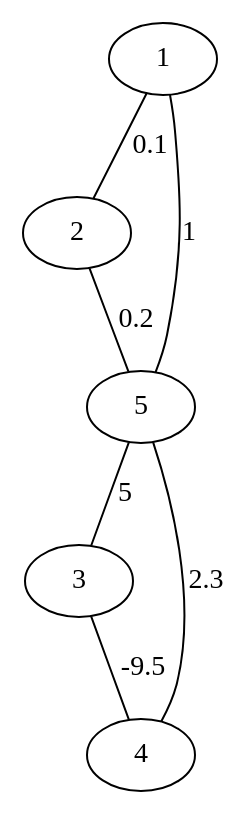
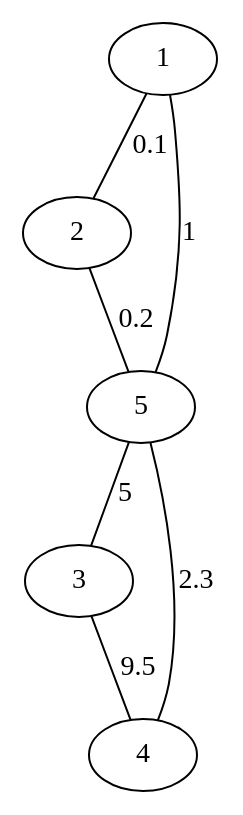
One commit to victorassiso/BibliGrafos changed the diagram in input/dot/grafo_T2.dot. Above: the diagram before and after it, drawn with Graphviz. The commit also changed 17 other files, not shown here.

```diff
--- a/input/dot/grafo_T2.dot
+++ b/input/dot/grafo_T2.dot
@@ -1,9 +1,9 @@
 
 graph {
 1 -- 2 [label=0.1]
 2 -- 5 [label=0.2]
 5 -- 3 [label=5]
-3 -- 4 [label=-9.5]
+3 -- 4 [label=9.5]
 4 -- 5 [label=2.3]
 1 -- 5 [label=1]
 }
```
